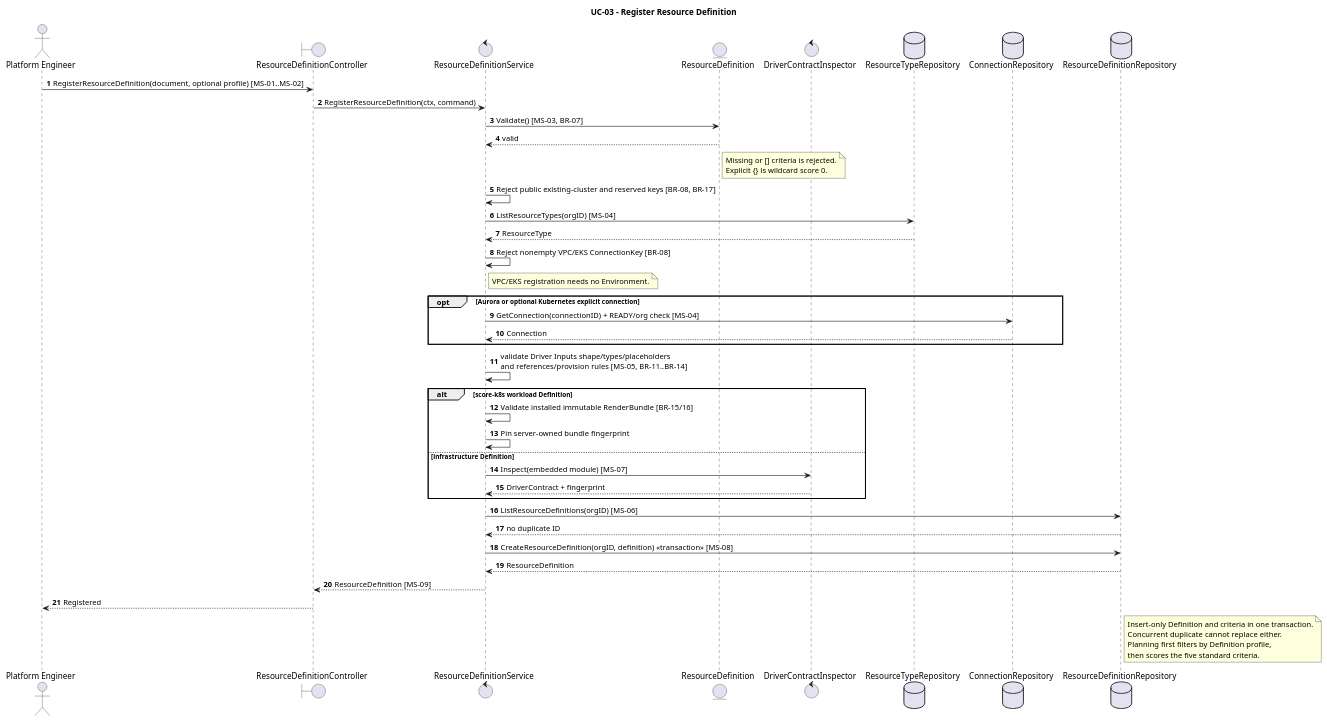
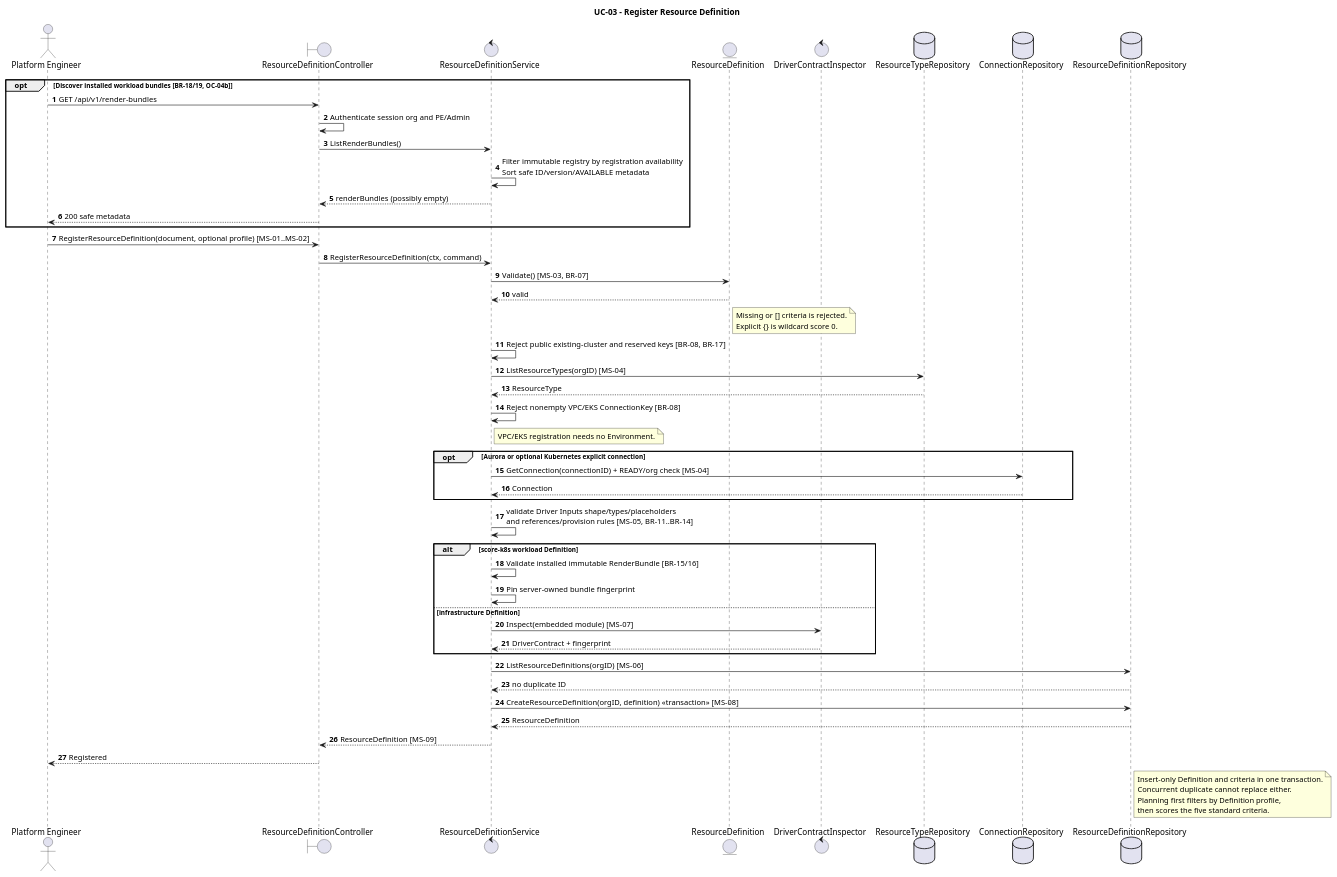
One commit to pr3s3nt/poc changed the diagram in orchestrator_docs/usecase/UC-03/sequence.puml. Above: the diagram before and after it, drawn with PlantUML. The commit also changed 29 other files, not shown here.

Commit message:
T18: discover installed render bundles and complete template selector

```diff
--- a/orchestrator_docs/usecase/UC-03/sequence.puml
+++ b/orchestrator_docs/usecase/UC-03/sequence.puml
@@ -1,51 +1,60 @@
 @startuml
 title UC-03 - Register Resource Definition
 autonumber
 actor "Platform Engineer" as PE
 boundary ResourceDefinitionController as API
 control ResourceDefinitionService as Service
 entity ResourceDefinition as Validator
 control DriverContractInspector as Inspector
 database ResourceTypeRepository as TypeRepo
 database ConnectionRepository as ConnectionRepo
 database ResourceDefinitionRepository as DefinitionRepo
+
+opt Discover installed workload bundles [BR-18/19, OC-04b]
+PE -> API: GET /api/v1/render-bundles
+API -> API: Authenticate session org and PE/Admin
+API -> Service: ListRenderBundles()
+Service -> Service: Filter immutable registry by registration availability\nSort safe ID/version/AVAILABLE metadata
+Service --> API: renderBundles (possibly empty)
+API --> PE: 200 safe metadata
+end
 
 PE -> API: RegisterResourceDefinition(document, optional profile) [MS-01..MS-02]
 API -> Service: RegisterResourceDefinition(ctx, command)
 Service -> Validator: Validate() [MS-03, BR-07]
 Validator --> Service: valid
 note right of Validator
 Missing or [] criteria is rejected.
 Explicit {} is wildcard score 0.
 end note
 Service -> Service: Reject public existing-cluster and reserved keys [BR-08, BR-17]
 Service -> TypeRepo: ListResourceTypes(orgID) [MS-04]
 TypeRepo --> Service: ResourceType
 Service -> Service: Reject nonempty VPC/EKS ConnectionKey [BR-08]
 note right of Service: VPC/EKS registration needs no Environment.
 opt Aurora or optional Kubernetes explicit connection
 Service -> ConnectionRepo: GetConnection(connectionID) + READY/org check [MS-04]
 ConnectionRepo --> Service: Connection
 end
 Service -> Service: validate Driver Inputs shape/types/placeholders\nand references/provision rules [MS-05, BR-11..BR-14]
 alt score-k8s workload Definition
   Service -> Service: Validate installed immutable RenderBundle [BR-15/16]
   Service -> Service: Pin server-owned bundle fingerprint
 else infrastructure Definition
   Service -> Inspector: Inspect(embedded module) [MS-07]
   Inspector --> Service: DriverContract + fingerprint
 end
 Service -> DefinitionRepo: ListResourceDefinitions(orgID) [MS-06]
 DefinitionRepo --> Service: no duplicate ID
 Service -> DefinitionRepo: CreateResourceDefinition(orgID, definition) <<transaction>> [MS-08]
 DefinitionRepo --> Service: ResourceDefinition
 Service --> API: ResourceDefinition [MS-09]
 API --> PE: Registered
 note right of DefinitionRepo
 Insert-only Definition and criteria in one transaction.
 Concurrent duplicate cannot replace either.
 Planning first filters by Definition profile,
 then scores the five standard criteria.
 end note
 
 @enduml
```
